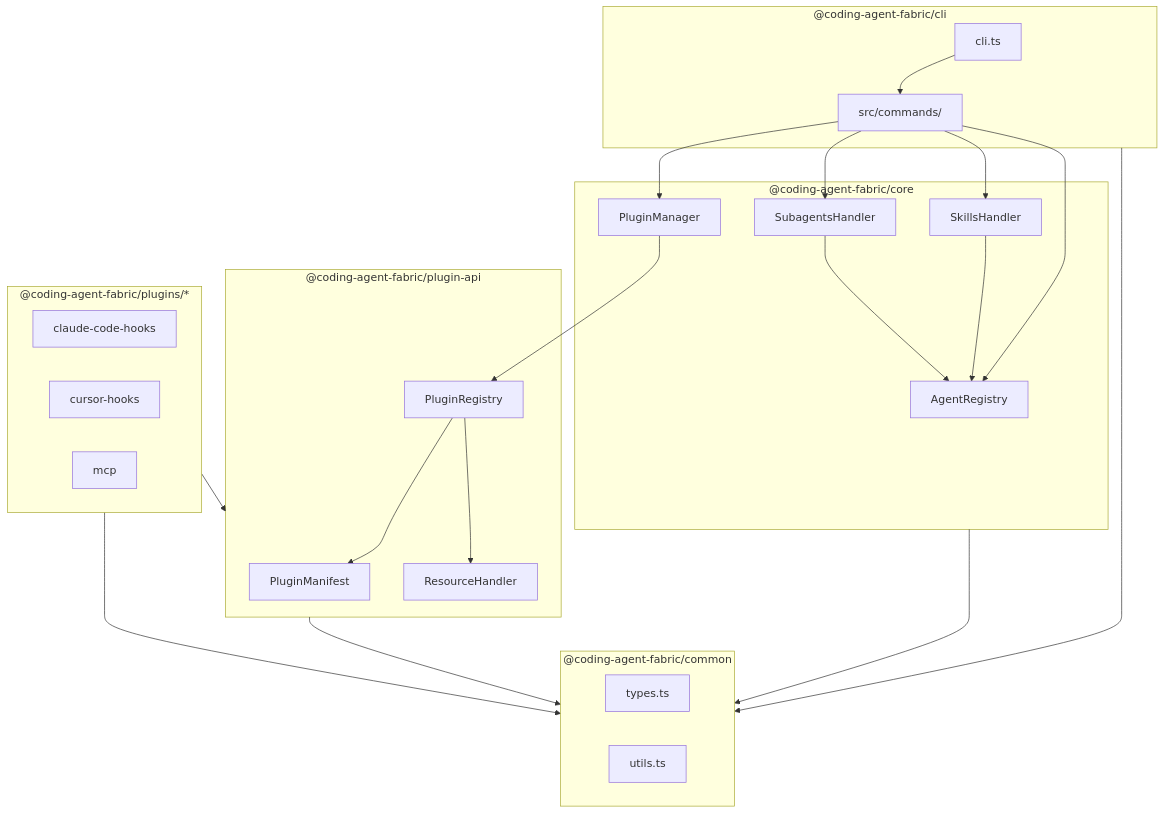
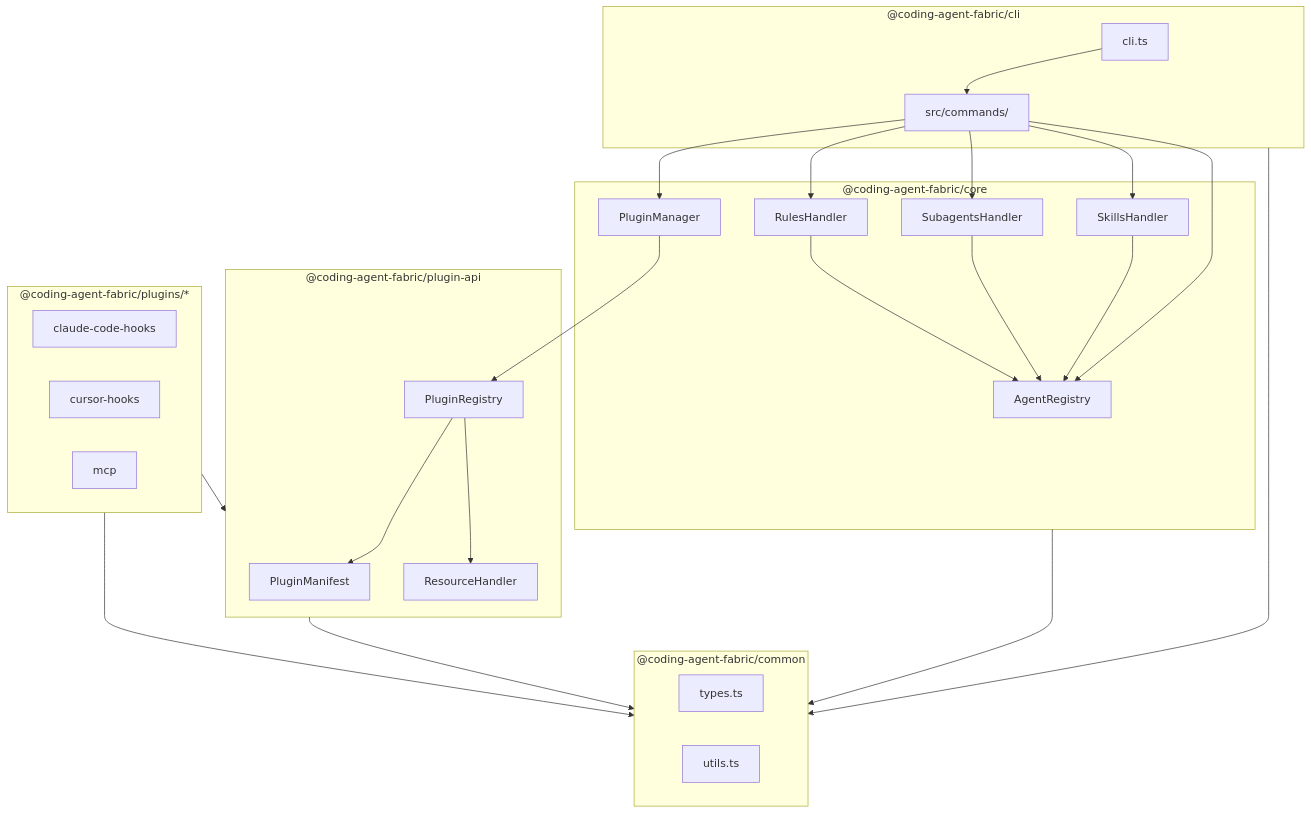
Before and after one commit to yu-iskw/coding-agent-fabric: the diagram in CONTRIBUTING.md, drawn with Mermaid. The commit also changed other lines of this file and 1 other file, not shown here.

Commit message:
docs: sync README and CONTRIBUTING with current project state

````diff
--- a/CONTRIBUTING.md
+++ b/CONTRIBUTING.md
@@ -66,54 +66,57 @@
 ```mermaid
 graph TD
     subgraph CLI ["@coding-agent-fabric/cli"]
         Entry["cli.ts"]
         Cmds["src/commands/"]
         Entry --> Cmds
     end
 
     subgraph CORE ["@coding-agent-fabric/core"]
         AR["AgentRegistry"]
         SH["SkillsHandler"]
         SAH["SubagentsHandler"]
+        RH_CORE["RulesHandler"]
         PM["PluginManager"]
     end
 
     subgraph API ["@coding-agent-fabric/plugin-api"]
         Manifest["PluginManifest"]
         Reg["PluginRegistry"]
         RH["ResourceHandler"]
     end
 
     subgraph PLUGINS ["@coding-agent-fabric/plugins/*"]
         Hooks["claude-code-hooks"]
         Cursor["cursor-hooks"]
         MCP["mcp"]
     end
 
     subgraph COMMON ["@coding-agent-fabric/common"]
         Types["types.ts"]
         Utils["utils.ts"]
     end
 
     %% CLI dependencies
     Cmds --> AR
     Cmds --> SH
     Cmds --> SAH
+    Cmds --> RH_CORE
     Cmds --> PM
 
     %% Core dependencies
     SH --> AR
     SAH --> AR
+    RH_CORE --> AR
     PM --> Reg
 
     %% Plugin relationships
     PLUGINS --> API
     Reg --> Manifest
     Reg --> RH
 
     %% Shared dependencies
     CLI --> COMMON
     CORE --> COMMON
     API --> COMMON
     PLUGINS --> COMMON
 ```
````
